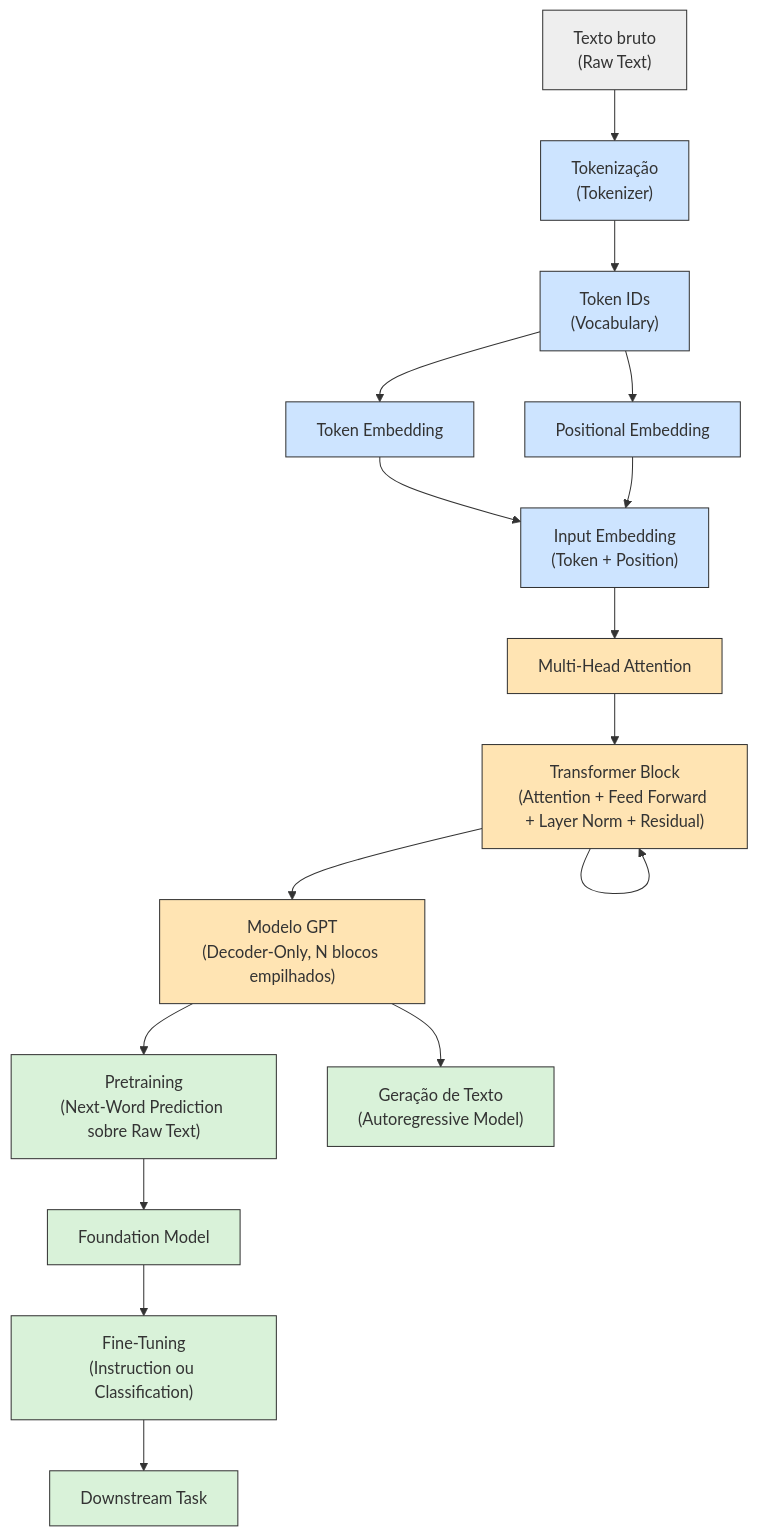
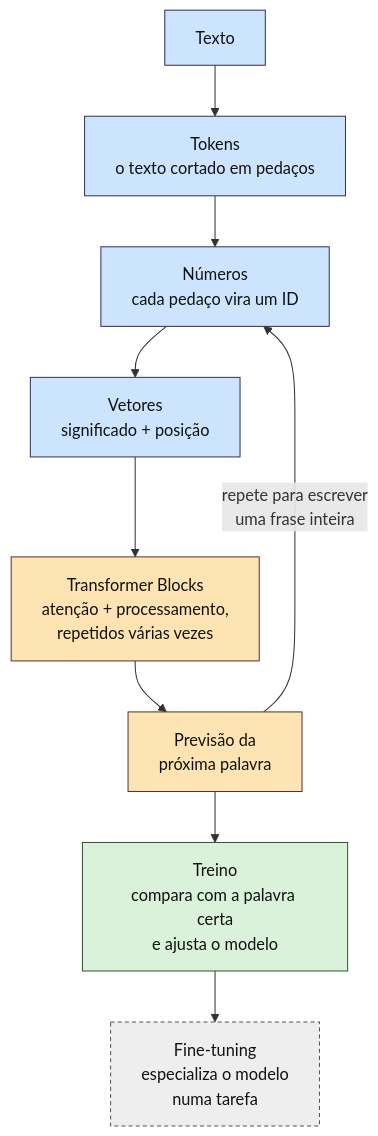
One commit to AlanHoff5/Asphal-LLM changed the first of 2 diagrams in sprints/ch01/mapa_conceitual_gpt.md. Above: the diagram before and after it, drawn with Mermaid. The commit also changed other lines of this file and 1 other file, not shown here.

````diff
--- a/sprints/ch01/mapa_conceitual_gpt.md
+++ b/sprints/ch01/mapa_conceitual_gpt.md
@@ -12,33 +10,20 @@
 ```mermaid
 flowchart TD
-    A["Texto bruto\n(Raw Text)"] --> B["Tokenização\n(Tokenizer)"]
-    B --> C["Token IDs\n(Vocabulary)"]
-    C --> D["Token Embedding"]
-    C --> E["Positional Embedding"]
-    D --> F["Input Embedding\n(Token + Position)"]
-    E --> F
-    F --> G["Multi-Head Attention"]
-    G --> H["Transformer Block\n(Attention + Feed Forward + Layer Norm + Residual)"]
-    H --> H
-    H --> I["Modelo GPT\n(Decoder-Only, N blocos empilhados)"]
-    I --> J["Pretraining\n(Next-Word Prediction sobre Raw Text)"]
-    J --> K["Foundation Model"]
-    K --> L["Fine-Tuning\n(Instruction ou Classification)"]
-    L --> M["Downstream Task"]
-    I --> N["Geração de Texto\n(Autoregressive Model)"]
+    A["Texto"] --> B["Tokens<br/>o texto cortado em pedaços"]
+    B --> C["Números<br/>cada pedaço vira um ID"]
+    C --> D["Vetores<br/>significado + posição"]
+    D --> E["Transformer Blocks<br/>atenção + processamento,<br/>repetidos várias vezes"]
+    E --> F["Previsão da<br/>próxima palavra"]
+    F -- "repete para escrever<br/>uma frase inteira" --> C
+    F --> G["Treino<br/>compara com a palavra certa<br/>e ajusta o modelo"]
+    G --> H["Fine-tuning<br/>especializa o modelo<br/>numa tarefa"]
 
-    style A fill:#eee,stroke:#333
-    style B fill:#cde4ff,stroke:#333
-    style C fill:#cde4ff,stroke:#333
-    style D fill:#cde4ff,stroke:#333
-    style E fill:#cde4ff,stroke:#333
-    style F fill:#cde4ff,stroke:#333
-    style G fill:#ffe4b3,stroke:#333
-    style H fill:#ffe4b3,stroke:#333
-    style I fill:#ffe4b3,stroke:#333
-    style J fill:#d9f2d9,stroke:#333
-    style K fill:#d9f2d9,stroke:#333
-    style L fill:#d9f2d9,stroke:#333
-    style M fill:#d9f2d9,stroke:#333
-    style N fill:#d9f2d9,stroke:#333
+    classDef c2 fill:#cde4ff,stroke:#335,color:#111
+    classDef c4 fill:#ffe4b3,stroke:#533,color:#111
+    classDef c5 fill:#d9f2d9,stroke:#353,color:#111
+    classDef c6 fill:#eeeeee,stroke:#555,color:#111,stroke-dasharray: 4 3
+    class A,B,C,D c2
+    class E,F c4
+    class G c5
+    class H c6
 ```
````
